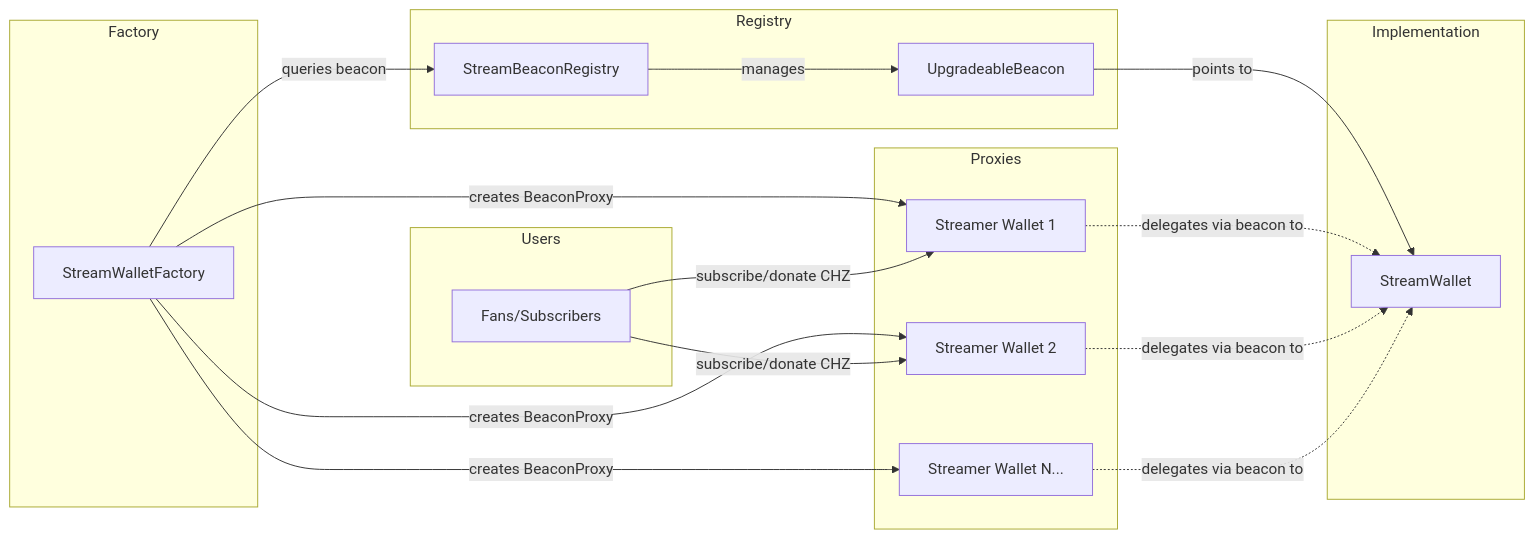
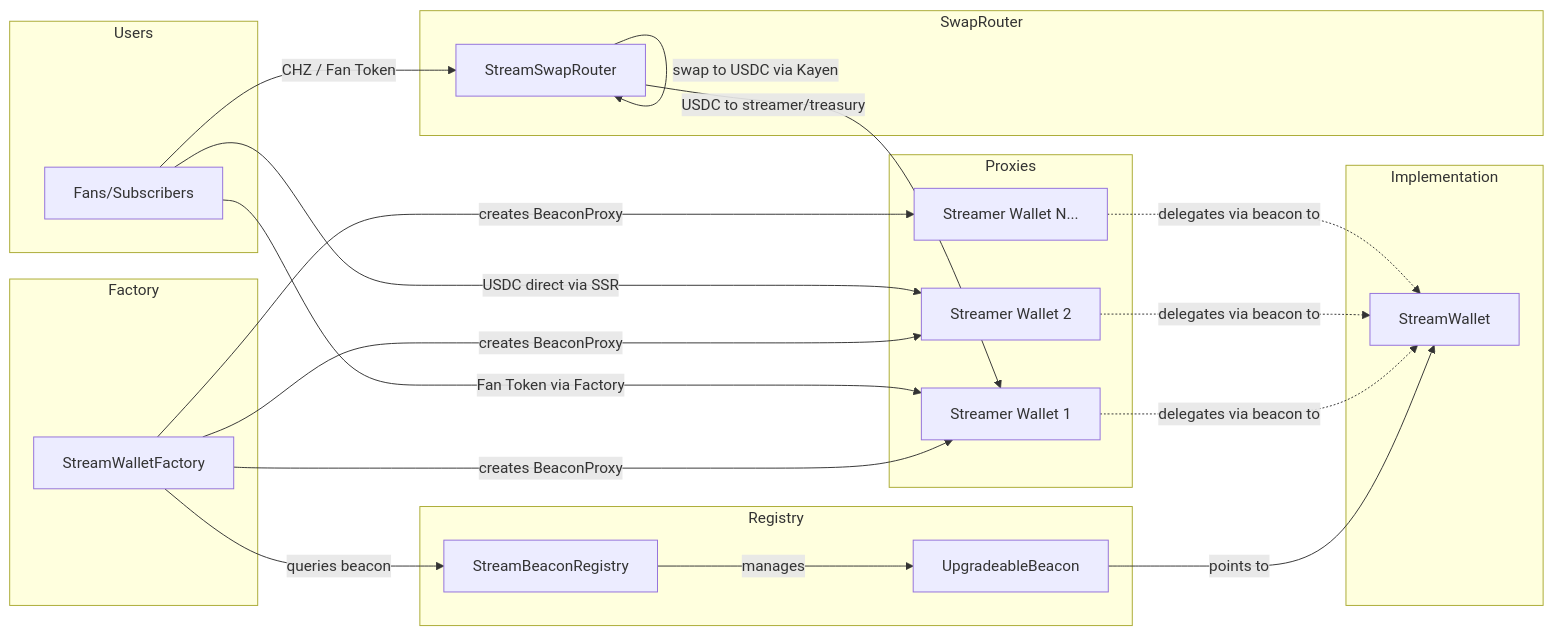
Before and after one commit to ChilizTV/smart-contracts: the second of 2 diagrams in chiliz-tv/README.md, drawn with Mermaid. The commit also changed other lines of this file and 17 other files, not shown here.

````diff
--- a/chiliz-tv/README.md
+++ b/chiliz-tv/README.md
@@ -88,40 +105,47 @@
 ```mermaid
 flowchart LR
     subgraph Registry
         SBR[StreamBeaconRegistry]
         BEACON[UpgradeableBeacon]
     end
     
     subgraph Factory
         SWF[StreamWalletFactory]
+    end
+    
+    subgraph SwapRouter
+        SSR[StreamSwapRouter]
     end
     
     subgraph Implementation
         SW[StreamWallet]
     end
     
     subgraph Proxies
         W1[Streamer Wallet 1]
         W2[Streamer Wallet 2]
         W3[Streamer Wallet N...]
     end
     
     subgraph Users
         FANS[Fans/Subscribers]
     end
     
     SBR -->|manages| BEACON
     BEACON -->|points to| SW
     
     SWF -->|queries beacon| SBR
     SWF -->|creates BeaconProxy| W1
     SWF -->|creates BeaconProxy| W2
     SWF -->|creates BeaconProxy| W3
     
     W1 -.->|delegates via beacon to| SW
     W2 -.->|delegates via beacon to| SW
     W3 -.->|delegates via beacon to| SW
     
-    FANS -->|subscribe/donate CHZ| W1
-    FANS -->|subscribe/donate CHZ| W2
+    FANS -->|CHZ / Fan Token| SSR
+    SSR -->|swap to USDC via Kayen| SSR
+    SSR -->|USDC to streamer/treasury| W1
+    FANS -->|USDC direct via SSR| W2
+    FANS -->|Fan Token via Factory| W1
 ```
````
